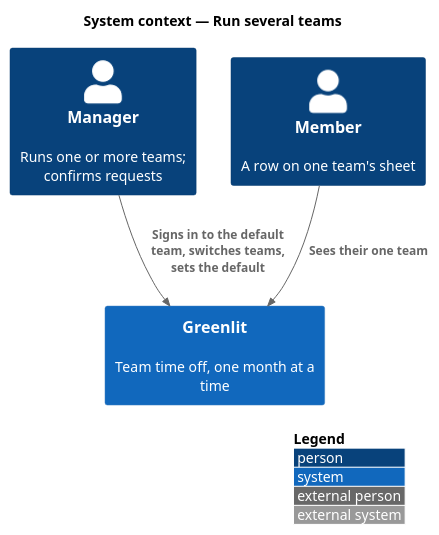
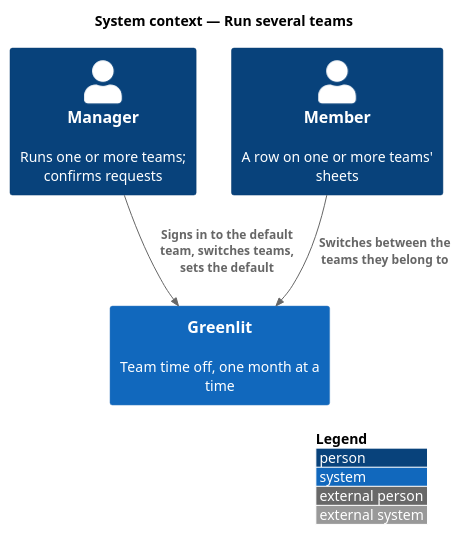
Before and after one commit to QuinntyneBrown/greenlit: the diagram in docs/detailed-designs/teams/switch-team/diagrams/c4-context.puml, drawn with PlantUML. The commit also changed 43 other files, not shown here.

First line of the commit message:
Design several teams per person and the school calendar

```diff
--- a/docs/detailed-designs/teams/switch-team/diagrams/c4-context.puml
+++ b/docs/detailed-designs/teams/switch-team/diagrams/c4-context.puml
@@ -1,12 +1,12 @@
 @startuml
 !include <C4/C4_Context>
 LAYOUT_WITH_LEGEND()
 title System context — Run several teams
 
 Person(manager, "Manager", "Runs one or more teams; confirms requests")
-Person(member, "Member", "A row on one team's sheet")
+Person(member, "Member", "A row on one or more teams' sheets")
 System(greenlit, "Greenlit", "Team time off, one month at a time")
 
 Rel(manager, greenlit, "Signs in to the default team, switches teams, sets the default")
-Rel(member, greenlit, "Sees their one team")
+Rel(member, greenlit, "Switches between the teams they belong to")
 @enduml
```
